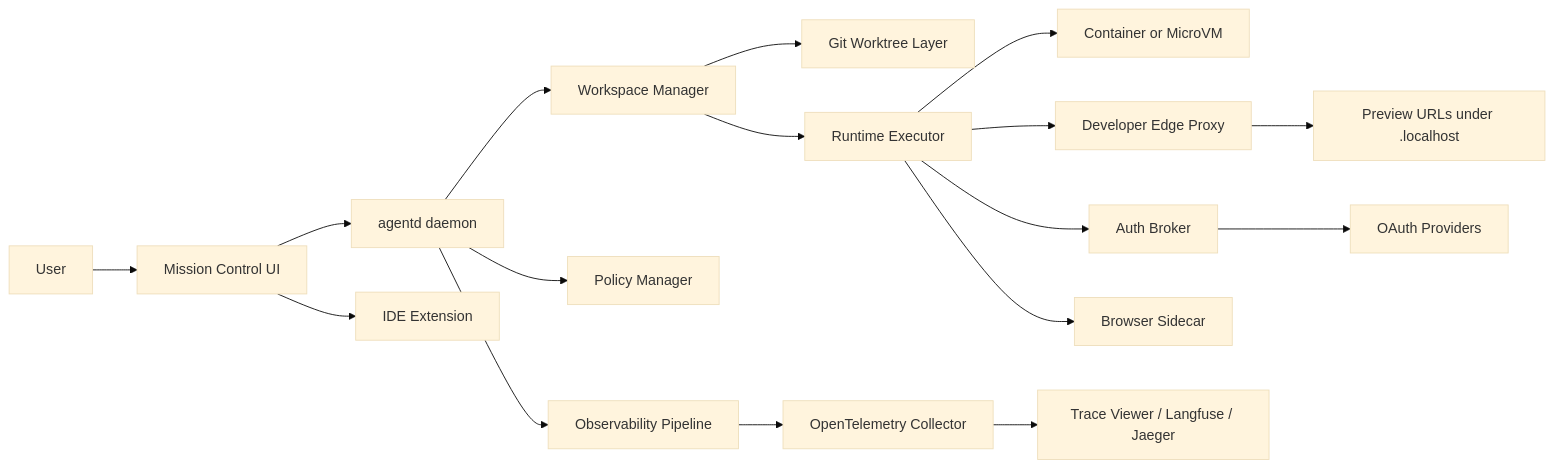
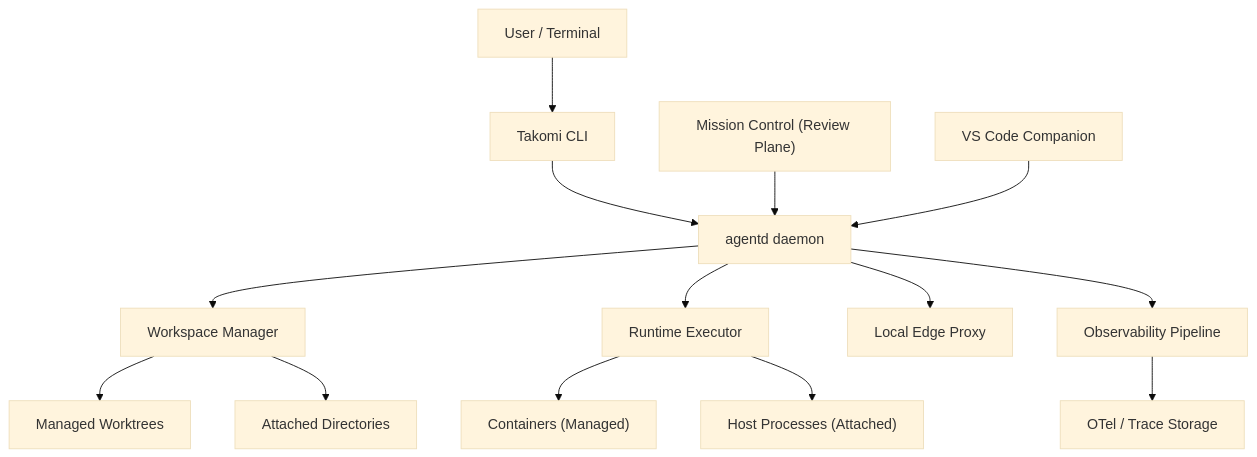
Before and after one commit to JStaRFilms/TakomiDX: the first of 4 diagrams in docs/features/TakomiDX_Agent_Workspace_Platform_Spec.md, drawn with Mermaid (base theme). The commit also changed other lines of this file and 5 other files, not shown here.

````diff
--- a/docs/features/TakomiDX_Agent_Workspace_Platform_Spec.md
+++ b/docs/features/TakomiDX_Agent_Workspace_Platform_Spec.md
@@ -161,19 +106,20 @@
 ```mermaid
-flowchart LR
-    U["User"] --> MC["Mission Control UI"]
-    MC --> AD["agentd daemon"]
+flowchart TD
+    U["User / Terminal"] --> CLI["Takomi CLI"]
+    CLI --> AD["agentd daemon"]
+    MC["Mission Control (Review Plane)"] --> AD
+    IDE["VS Code Companion"] --> AD
+    
     AD --> WM["Workspace Manager"]
-    AD --> PM["Policy Manager"]
+    AD --> RT["Runtime Executor"]
+    AD --> PX["Local Edge Proxy"]
+    
+    WM --> GW["Managed Worktrees"]
+    WM --> AT["Attached Directories"]
+    
+    RT --> CT["Containers (Managed)"]
+    RT --> HP["Host Processes (Attached)"]
+    
     AD --> OBS["Observability Pipeline"]
-    WM --> GW["Git Worktree Layer"]
-    WM --> RT["Runtime Executor"]
-    RT --> CT["Container or MicroVM"]
-    RT --> PX["Developer Edge Proxy"]
-    RT --> AB["Auth Broker"]
-    RT --> BS["Browser Sidecar"]
-    OBS --> OT["OpenTelemetry Collector"]
-    OT --> TV["Trace Viewer / Langfuse / Jaeger"]
-    PX --> PR["Preview URLs under .localhost"]
-    AB --> AP["OAuth Providers"]
-    MC --> IDE["IDE Extension"]
+    OBS --> OT["OTel / Trace Storage"]
 ```
````
